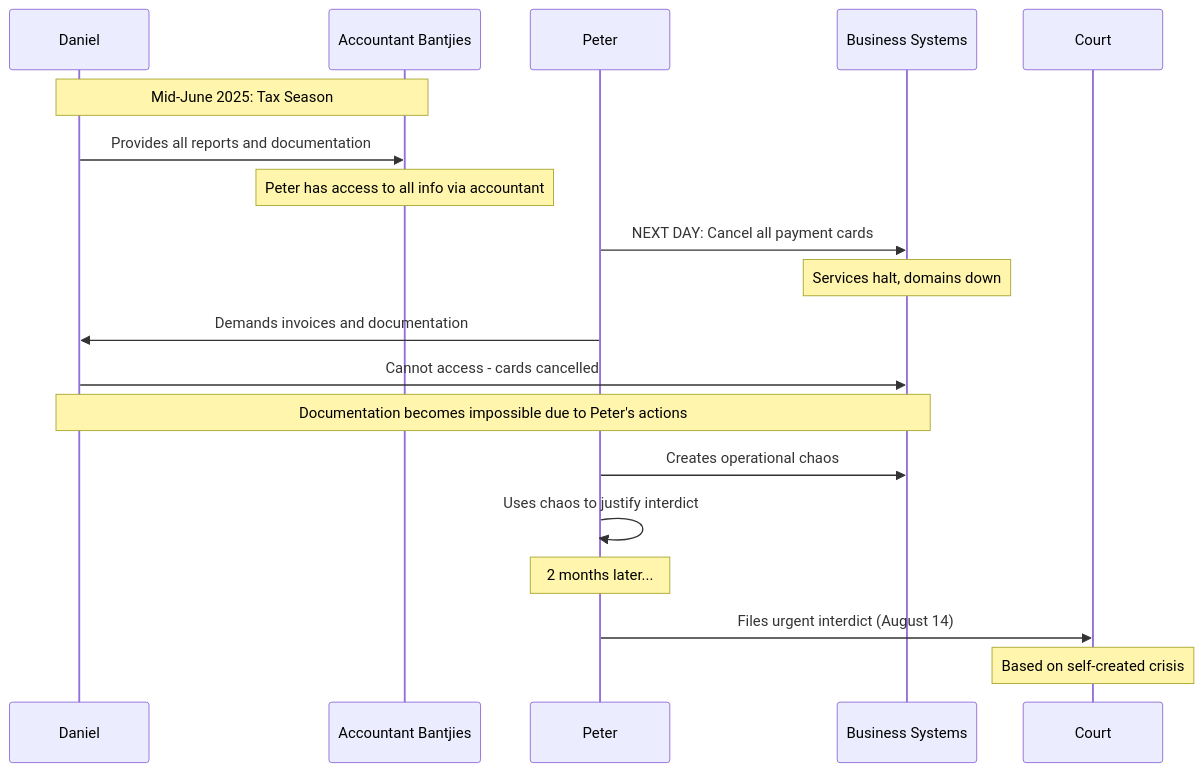
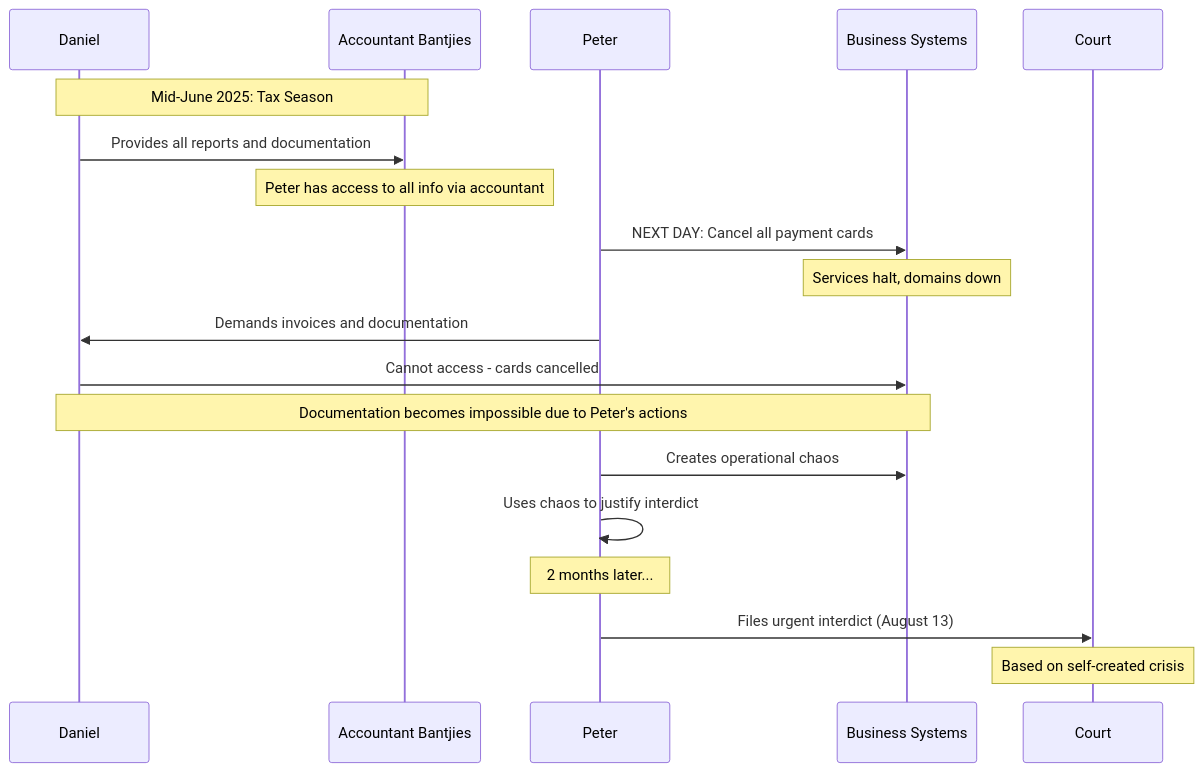
The fourth of 9 diagrams in affidavit_work/analysis/TIMELINE_VISUAL_DIAGRAM.md (cogpy/ad-res-j7), drawn with Mermaid before and after one commit. The commit also changed other lines of this file and 5 other files, not shown here.

Commit message:
Fix critical date inaccuracies in timeline analysis (8 days → 2 days, 65 days → 64 days)

````diff
--- a/affidavit_work/analysis/TIMELINE_VISUAL_DIAGRAM.md
+++ b/affidavit_work/analysis/TIMELINE_VISUAL_DIAGRAM.md
@@ -178,25 +178,25 @@
 ```mermaid
 sequenceDiagram
     participant Dan as Daniel
     participant Bantjies as Accountant Bantjies
     participant Peter as Peter
     participant Systems as Business Systems
     
     Note over Dan,Bantjies: Mid-June 2025: Tax Season
     Dan->>Bantjies: Provides all reports and documentation
     Note over Bantjies: Peter has access to all info via accountant
     
     Peter->>Systems: NEXT DAY: Cancel all payment cards
     Note over Systems: Services halt, domains down
     
     Peter->>Dan: Demands invoices and documentation
     Dan->>Systems: Cannot access - cards cancelled
     Note over Dan,Systems: Documentation becomes impossible due to Peter's actions
     
     Peter->>Systems: Creates operational chaos
     Peter->>Peter: Uses chaos to justify interdict
     
     Note over Peter: 2 months later...
-    Peter->>Court: Files urgent interdict (August 14)
+    Peter->>Court: Files urgent interdict (August 13)
     Note over Court: Based on self-created crisis
 ```
````
